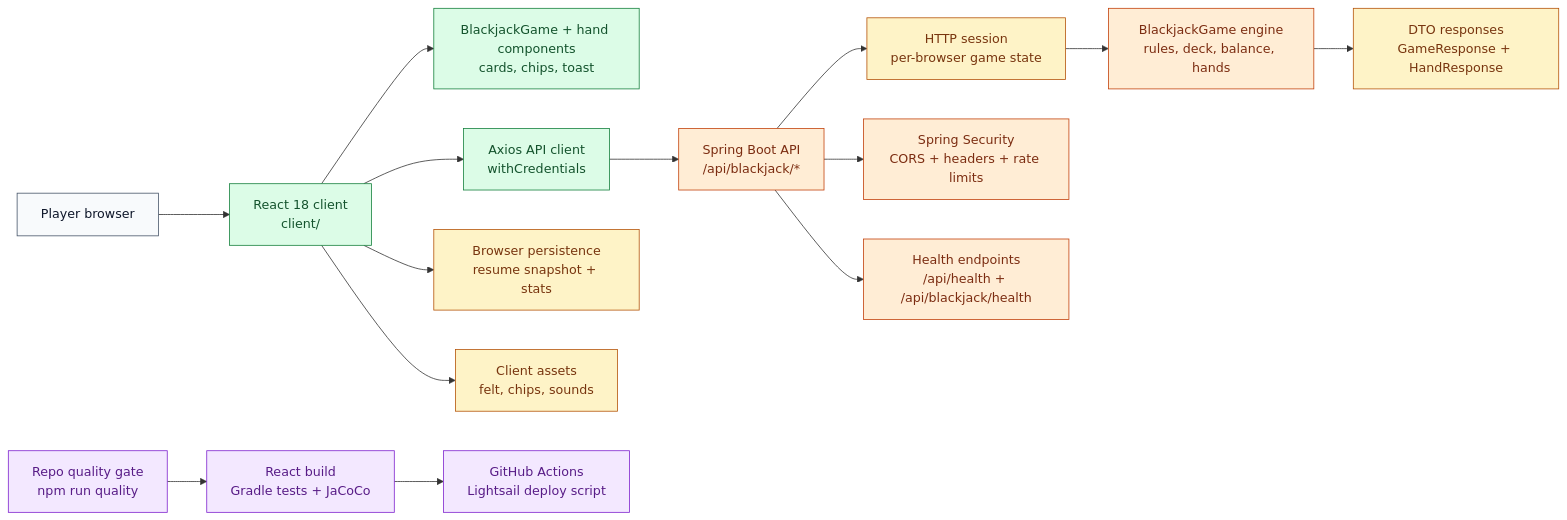
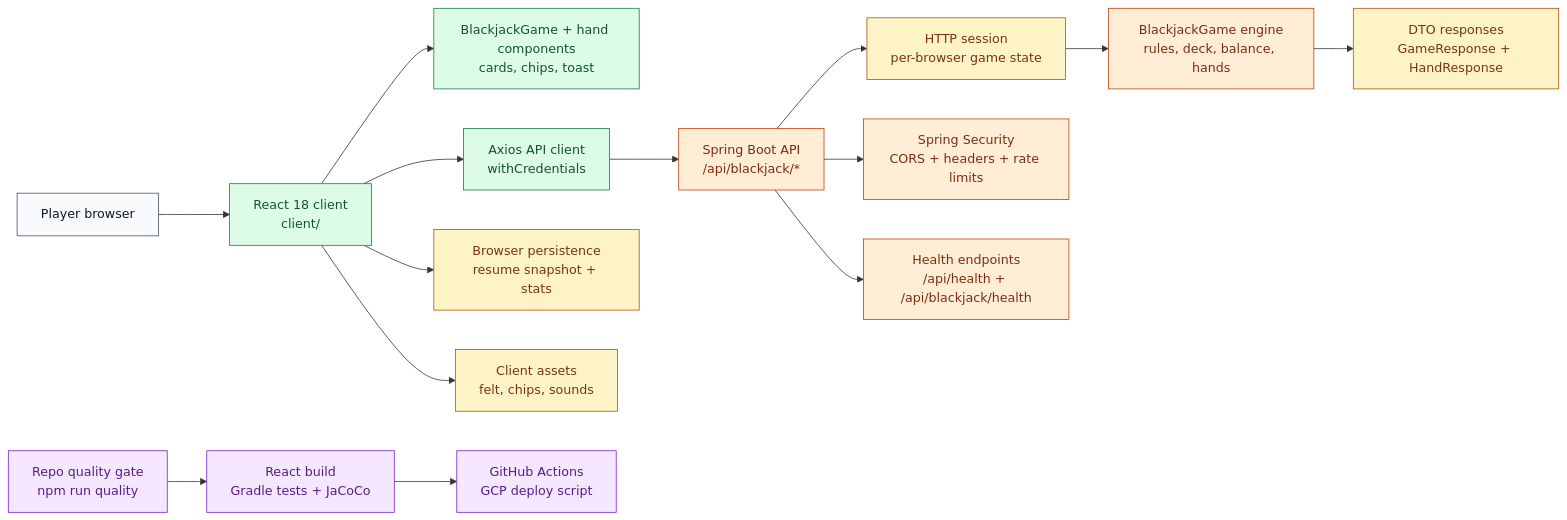
The first of 2 diagrams in docs/architecture.md (natezimm/blackjack), drawn with Mermaid before and after one commit. The commit also changed other lines of this file and 2 other files, not shown here.

Commit message:
chore: replace lightsail references with gcp

````diff
--- a/docs/architecture.md
+++ b/docs/architecture.md
@@ -9,30 +9,30 @@
 ```mermaid
 flowchart LR
   Player["Player browser"] --> Client["React 18 client<br/>client/"]
   Client --> GameUI["BlackjackGame + hand components<br/>cards, chips, toast"]
   Client --> ApiClient["Axios API client<br/>withCredentials"]
   Client --> BrowserState["Browser persistence<br/>resume snapshot + stats"]
   Client --> Assets["Client assets<br/>felt, chips, sounds"]
   ApiClient --> Controller["Spring Boot API<br/>/api/blackjack/*"]
   Controller --> Session["HTTP session<br/>per-browser game state"]
   Session --> Engine["BlackjackGame engine<br/>rules, deck, balance, hands"]
   Engine --> DTOs["DTO responses<br/>GameResponse + HandResponse"]
   Controller --> Security["Spring Security<br/>CORS + headers + rate limits"]
   Controller --> Health["Health endpoints<br/>/api/health + /api/blackjack/health"]
   Repo["Repo quality gate<br/>npm run quality"] --> Builds["React build<br/>Gradle tests + JaCoCo"]
-  Builds --> Deploy["GitHub Actions<br/>Lightsail deploy script"]
+  Builds --> Deploy["GitHub Actions<br/>GCP deploy script"]
 
   classDef user fill:#f8fafc,stroke:#475569,color:#0f172a
   classDef site fill:#e0f2fe,stroke:#0369a1,color:#0c4a6e
   classDef server fill:#ffedd5,stroke:#c2410c,color:#7c2d12
   classDef repo fill:#eef2ff,stroke:#4338ca,color:#312e81
   classDef client fill:#dcfce7,stroke:#15803d,color:#14532d
   classDef data fill:#fef3c7,stroke:#b45309,color:#78350f
   classDef delivery fill:#f3e8ff,stroke:#7e22ce,color:#581c87
   classDef external fill:#fee2e2,stroke:#b91c1c,color:#7f1d1d
   class Player user
   class Client,GameUI,ApiClient client
   class Controller,Engine,Security,Health server
   class BrowserState,Assets,Session,DTOs data
   class Repo,Builds,Deploy delivery
 ```
````
